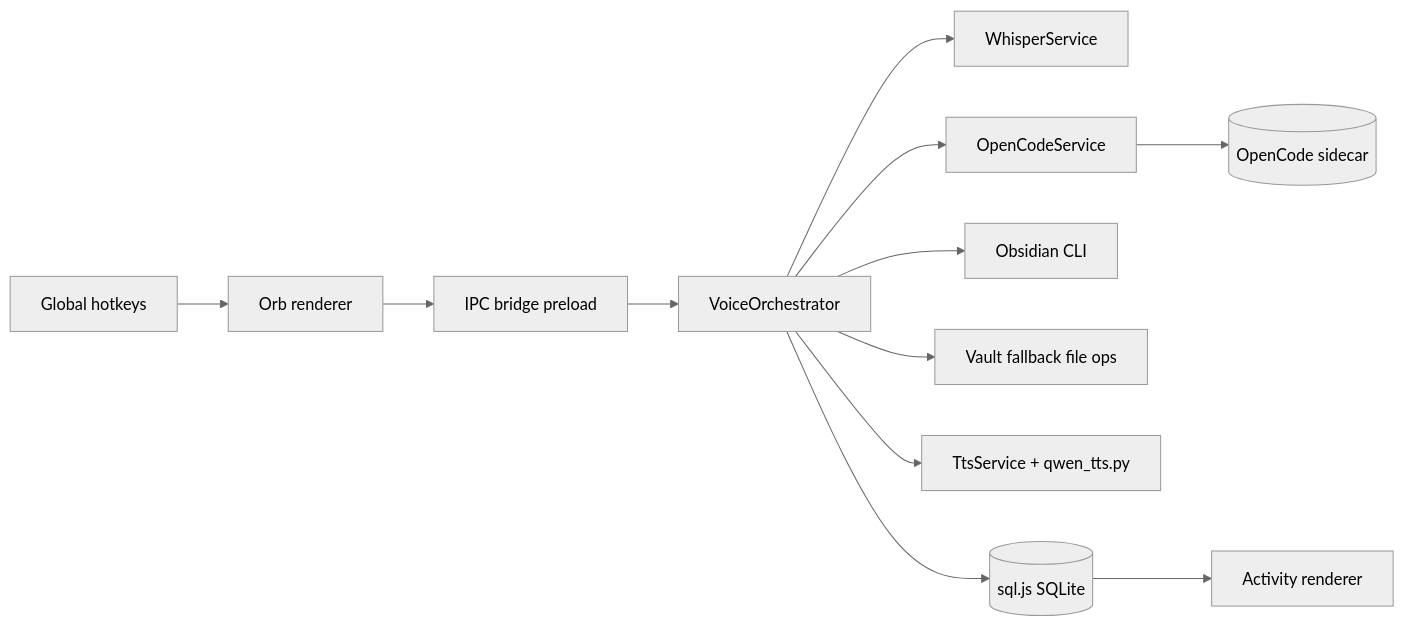
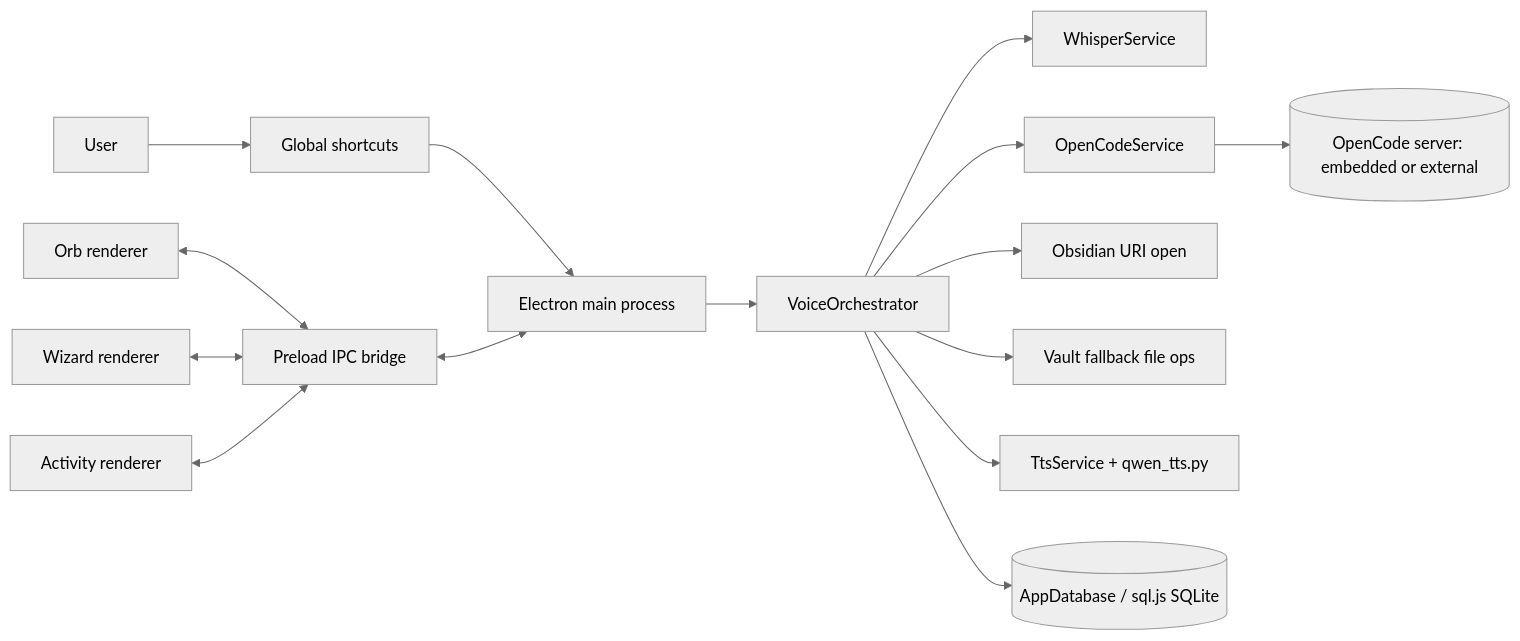
Before and after one commit to NarukeAlpha/orbsidian: the diagram in Writerside/topics/Overview.md, drawn with Mermaid (neutral theme). The commit also changed other lines of this file and 1 other file, not shown here.

Commit message:
fixed some documentation

````diff
--- a/Writerside/topics/Overview.md
+++ b/Writerside/topics/Overview.md
@@ -19,14 +19,19 @@
 ```mermaid
 flowchart LR
-  HK[Global hotkeys] --> ORB[Orb renderer]
-  ORB --> IPC1[IPC bridge preload]
-  IPC1 --> ORCH[VoiceOrchestrator]
+  U[User] --> HK[Global shortcuts]
+  HK --> M[Electron main process]
+
+  ORB[Orb renderer] <--> IPC[Preload IPC bridge]
+  WIZ[Wizard renderer] <--> IPC
+  ACT[Activity renderer] <--> IPC
+  IPC <--> M
+
+  M --> ORCH[VoiceOrchestrator]
   ORCH --> STT[WhisperService]
   ORCH --> OCS[OpenCodeService]
-  OCS --> OCSRV[(OpenCode sidecar)]
-  ORCH --> OBS[Obsidian CLI]
+  OCS --> OCSRV[(OpenCode server: embedded or external)]
+  ORCH --> OBSURI[Obsidian URI open]
   ORCH --> FB[Vault fallback file ops]
   ORCH --> TTS[TtsService + qwen_tts.py]
-  ORCH --> DB[(sql.js SQLite)]
-  DB --> ACT[Activity renderer]
+  ORCH --> DB[(AppDatabase / sql.js SQLite)]
 ```
````
